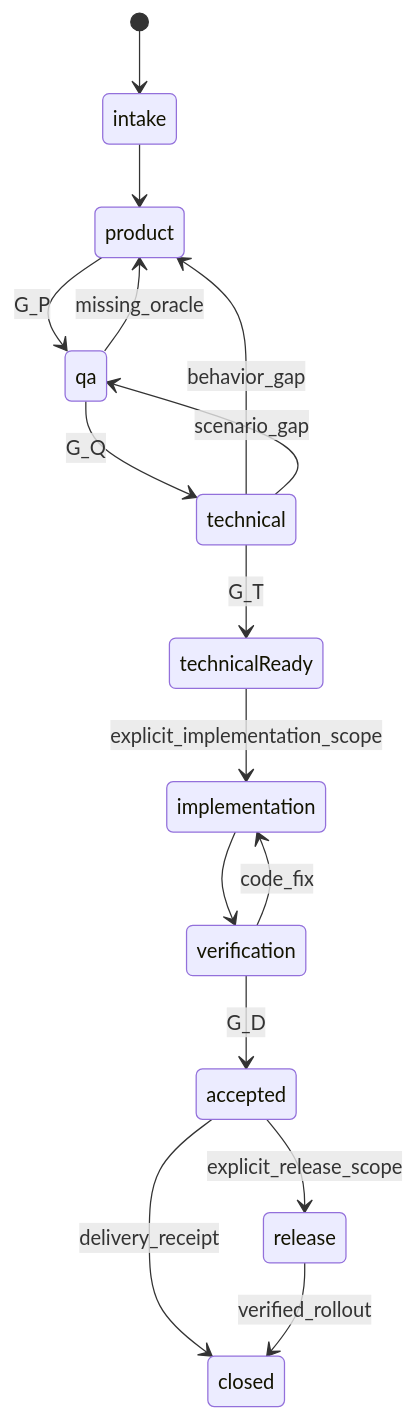
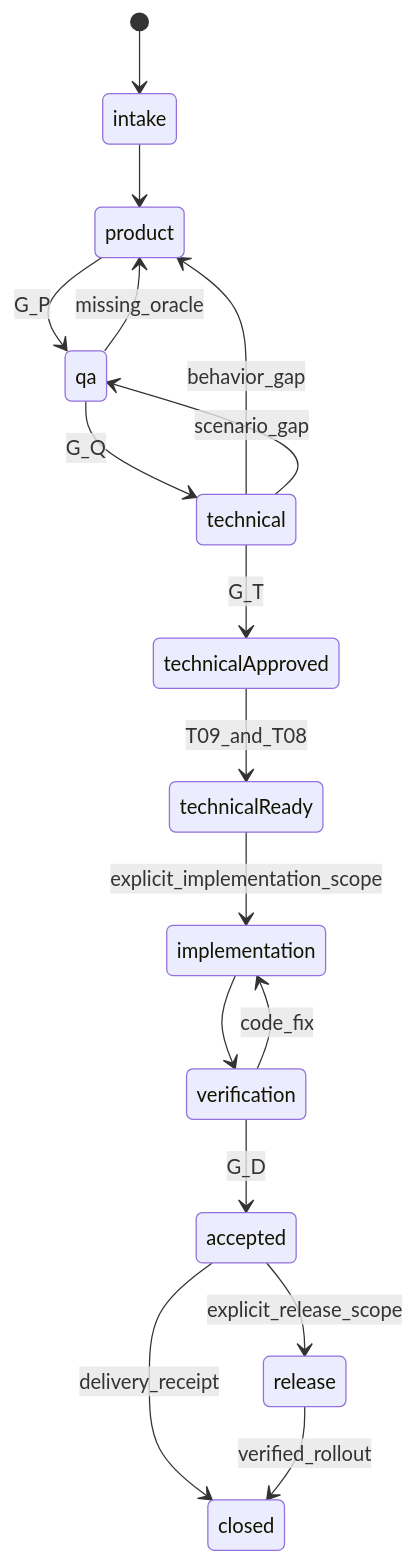
One commit to oveysrostami/product-workflow changed the diagram in docs/02-state-and-versioning.md. Above: the diagram before and after it, drawn with Mermaid. The commit also changed other lines of this file and 51 other files, not shown here.

````diff
--- a/docs/02-state-and-versioning.md
+++ b/docs/02-state-and-versioning.md
@@ -34,18 +36,19 @@
 ```mermaid
 stateDiagram-v2
     [*] --> intake
     intake --> product
     product --> qa: G_P
     qa --> technical: G_Q
-    technical --> technicalReady: G_T
+    technical --> technicalApproved: G_T
+    technicalApproved --> technicalReady: T09_and_T08
     technicalReady --> implementation: explicit_implementation_scope
     implementation --> verification
     verification --> accepted: G_D
     verification --> implementation: code_fix
     technical --> product: behavior_gap
     technical --> qa: scenario_gap
     qa --> product: missing_oracle
     accepted --> closed: delivery_receipt
     accepted --> release: explicit_release_scope
     release --> closed: verified_rollout
 ```
````
